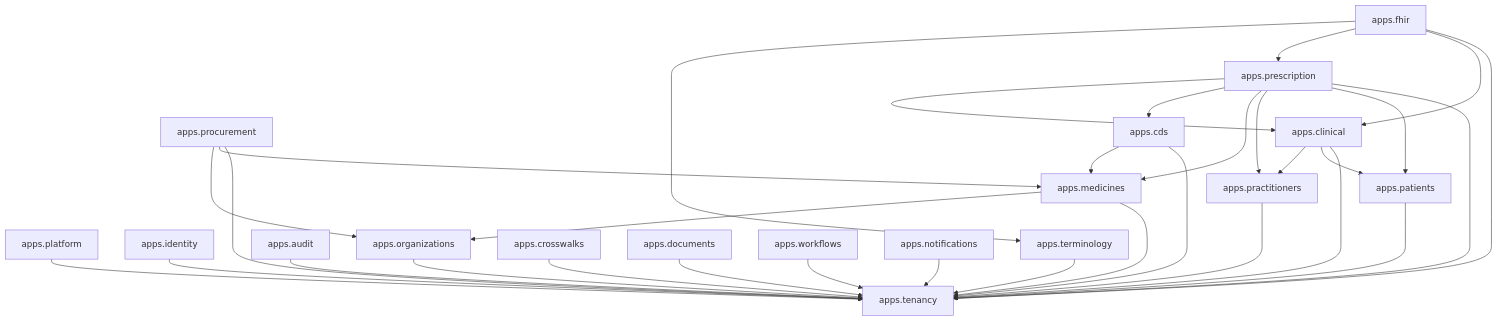
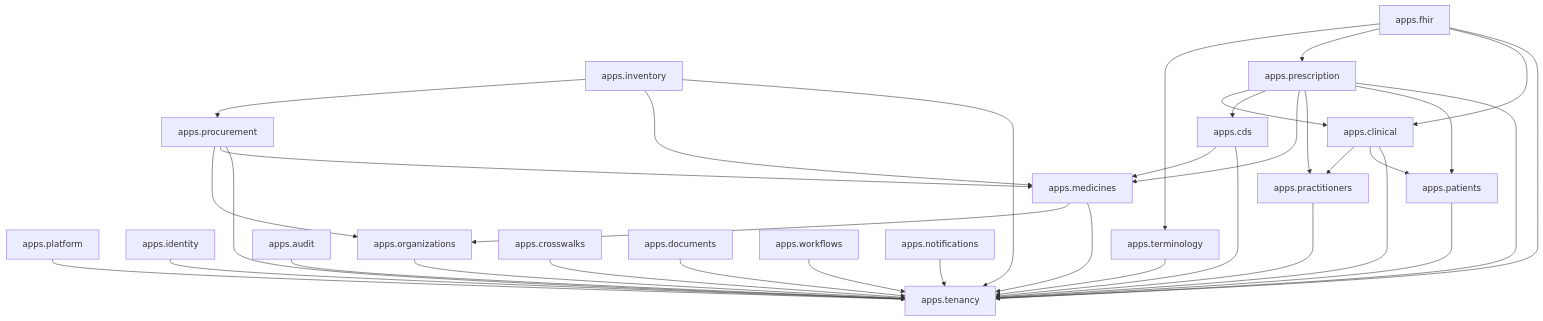
One commit to cksidney/TibaTrace changed the first of 2 diagrams in docs/architecture/REPOSITORY_DEPENDENCY_GRAPH.md. Above: the diagram before and after it, drawn with Mermaid. The commit also changed 32 other files, not shown here.

````diff
--- a/docs/architecture/REPOSITORY_DEPENDENCY_GRAPH.md
+++ b/docs/architecture/REPOSITORY_DEPENDENCY_GRAPH.md
@@ -13,45 +13,48 @@
 ```mermaid
 graph TD
     %% Core Infrastructure & Tenancy
     platform[apps.platform] --> tenancy[apps.tenancy]
     identity[apps.identity] --> tenancy
     organizations[apps.organizations] --> tenancy
     audit[apps.audit] --> tenancy
 
-    %% Procurement & Supplier Governance
+    %% Procurement, Supplier Governance & Inventory
     procurement[apps.procurement] --> tenancy
     procurement --> medicines
     procurement --> organizations
+    inventory[apps.inventory] --> tenancy
+    inventory --> medicines
+    inventory --> procurement
 
     %% Clinical Core & Enterprise Medicine Master
     patients[apps.patients] --> tenancy
     practitioners[apps.practitioners] --> tenancy
     medicines[apps.medicines] --> tenancy
     medicines --> organizations
     clinical[apps.clinical] --> tenancy
     clinical --> patients
     clinical --> practitioners
 
     %% Prescription & CDS
     cds[apps.cds] --> tenancy
     cds --> medicines
     prescription[apps.prescription] --> tenancy
     prescription --> patients
     prescription --> practitioners
     prescription --> medicines
     prescription --> cds
     prescription --> clinical
 
     %% FHIR & Terminology
     terminology[apps.terminology] --> tenancy
     fhir[apps.fhir] --> tenancy
     fhir --> clinical
     fhir --> prescription
     fhir --> terminology
 
     %% Auxiliary & Integration
     crosswalks[apps.crosswalks] --> tenancy
     documents[apps.documents] --> tenancy
     workflows[apps.workflows] --> tenancy
     notifications[apps.notifications] --> tenancy
 ```
````
